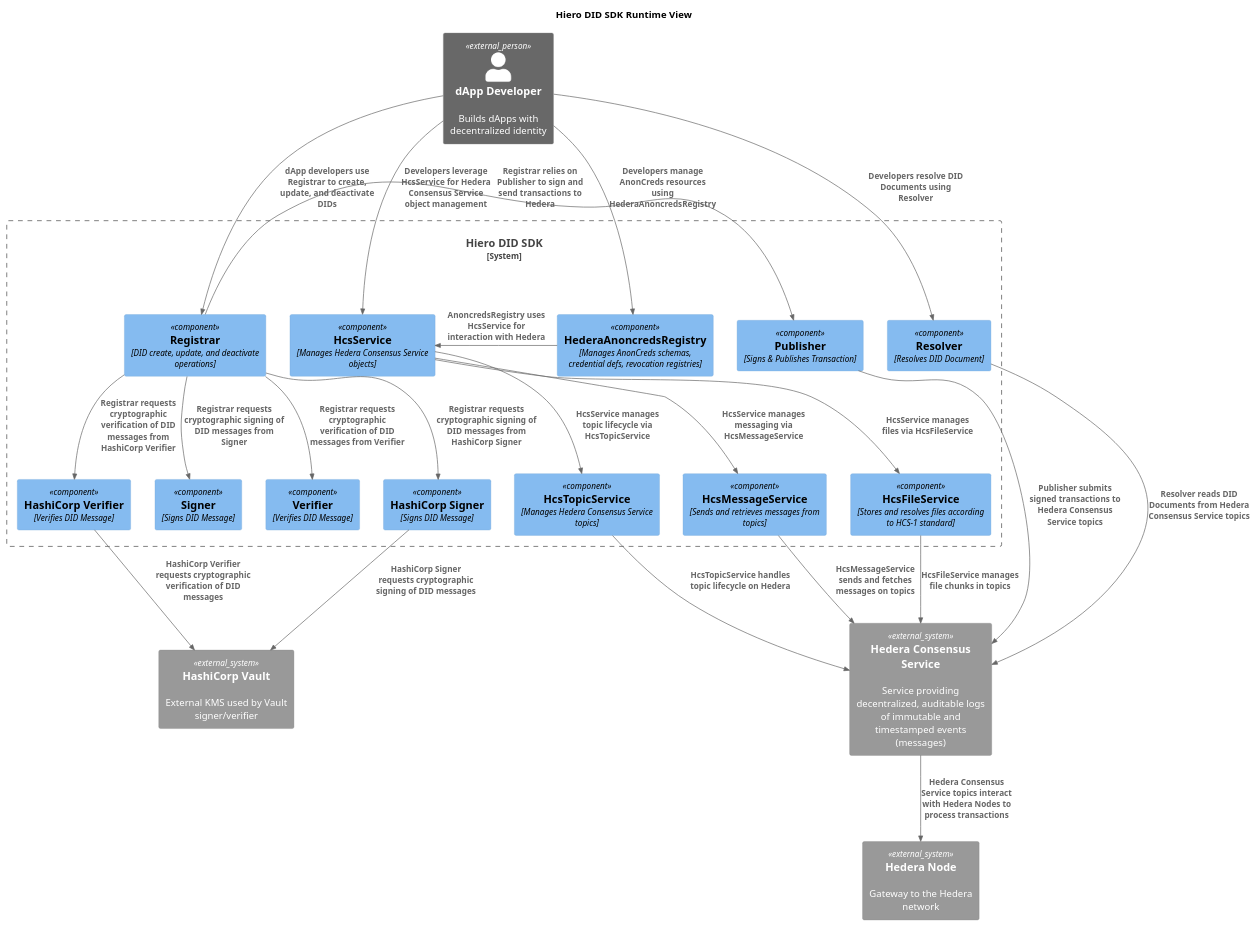
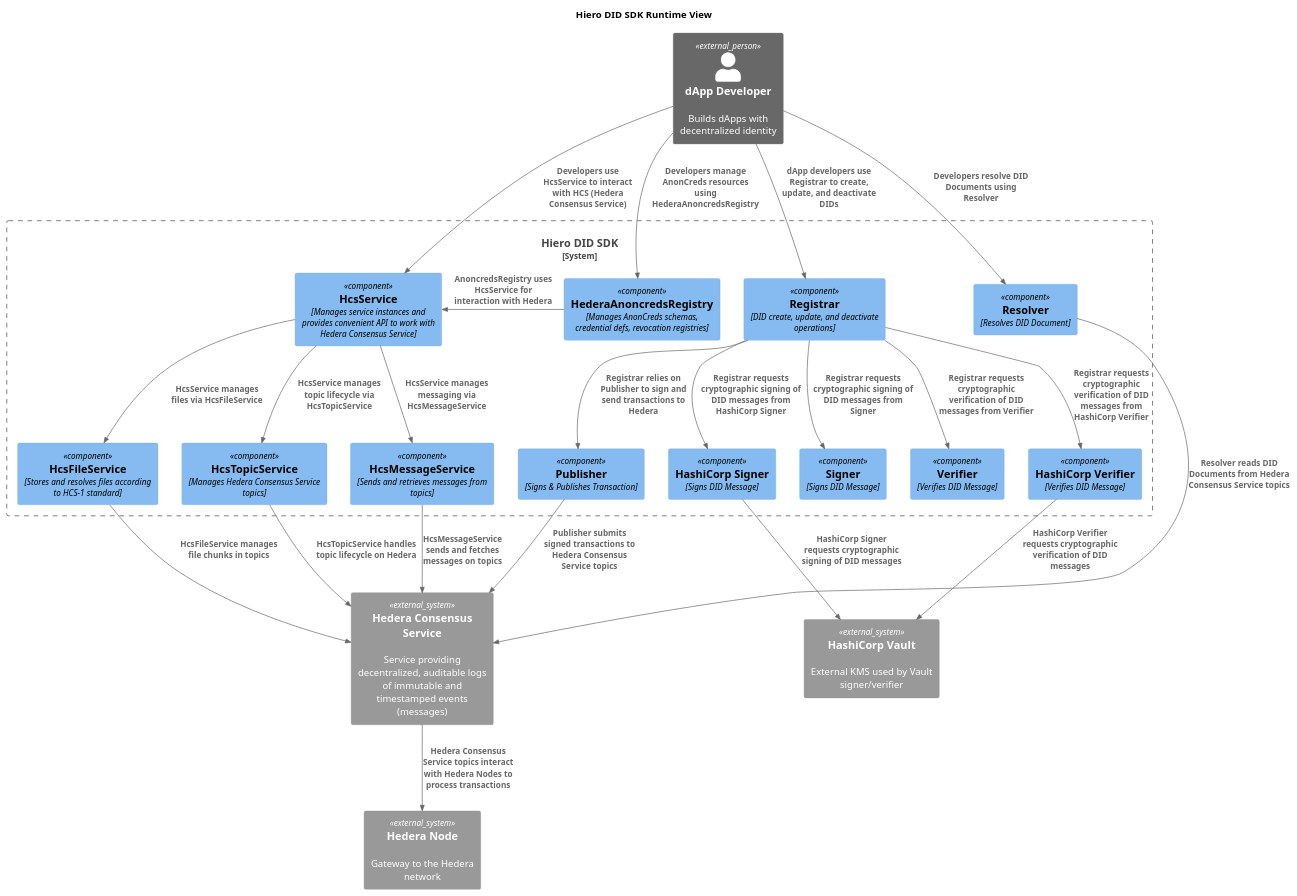
Before and after one commit to hiero-ledger/hiero-did-sdk-js: the diagram in docs/modules/ROOT/pages/02-design/diagrams/runtime-view-diagram.puml, drawn with PlantUML. The commit also changed 6 other files, not shown here.

```diff
--- a/docs/modules/ROOT/pages/02-design/diagrams/runtime-view-diagram.puml
+++ b/docs/modules/ROOT/pages/02-design/diagrams/runtime-view-diagram.puml
@@ -1,73 +1,73 @@
 @startuml
 !include https://raw.githubusercontent.com/plantuml-stdlib/C4-PlantUML/master/C4_Component.puml
 
 title Hiero DID SDK Runtime View
 
 Person_Ext(developer, "dApp Developer", "Builds dApps with decentralized identity")
 
 System_Boundary(c1, "Hiero DID SDK") {
 
   Component(registrar, "Registrar", "DID create, update, and deactivate operations")
   Component(resolver, "Resolver", "Resolves DID Document")
-  Component(hcsService, "HcsService", "Manages Hedera Consensus Service objects")
+  Component(hcsService, "HcsService", "Manages service instances and provides convenient API to work with Hedera Consensus Service")
   Component(anoncredsRegistry, "HederaAnoncredsRegistry", "Manages AnonCreds schemas, credential defs, revocation registries")
 
   Component(signer, "Signer", "Signs DID Message")
   Component(verifier, "Verifier", "Verifies DID Message")
 
   Component(publisher, "Publisher", "Signs & Publishes Transaction")
 
   Component(hashicorpSigner, "HashiCorp Signer", "Signs DID Message")
   Component(hashicorpVerifier, "HashiCorp Verifier", "Verifies DID Message")
 
   Component(hcsTopicService, "HcsTopicService", "Manages Hedera Consensus Service topics")
   Component(hcsMessageService, "HcsMessageService", "Sends and retrieves messages from topics")
   Component(hcsFileService, "HcsFileService", "Stores and resolves files according to HCS-1 standard")
 }
 
 System_Ext(hashicorp, "HashiCorp Vault", "External KMS used by Vault signer/verifier")
 
 System_Ext(topic, "Hedera Consensus Service", "Service providing decentralized, auditable logs of immutable and timestamped events (messages)")
 System_Ext(hedera, "Hedera Node", "Gateway to the Hedera network")
 
 ' Developer interactions
 Rel(developer, registrar, "dApp developers use Registrar to create, update, and deactivate DIDs")
 Rel(developer, resolver, "Developers resolve DID Documents using Resolver")
-Rel(developer, hcsService, "Developers leverage HcsService for Hedera Consensus Service object management")
+Rel(developer, hcsService, "Developers use HcsService to interact with HCS (Hedera Consensus Service)")
 Rel(developer, anoncredsRegistry, "Developers manage AnonCreds resources using HederaAnoncredsRegistry")
 
 ' Registrar dependencies
 Rel(registrar, signer, "Registrar requests cryptographic signing of DID messages from Signer")
 Rel(registrar, verifier, "Registrar requests cryptographic verification of DID messages from Verifier")
 
-Rel_R(registrar, publisher, "Registrar relies on Publisher to sign and send transactions to Hedera")
+Rel(registrar, publisher, "Registrar relies on Publisher to sign and send transactions to Hedera")
 
 Rel(registrar, hashicorpSigner, "Registrar requests cryptographic signing of DID messages from HashiCorp Signer")
 Rel(registrar, hashicorpVerifier, "Registrar requests cryptographic verification of DID messages from HashiCorp Verifier")
 
 Rel(hashicorpSigner, hashicorp, "HashiCorp Signer requests cryptographic signing of DID messages")
 Rel_R(hashicorpVerifier, hashicorp, "HashiCorp Verifier requests cryptographic verification of DID messages")
 
 ' Transaction submission
 Rel(publisher, topic, "Publisher submits signed transactions to Hedera Consensus Service topics")
 
 ' DID Document retrieval
 Rel(resolver, topic, "Resolver reads DID Documents from Hedera Consensus Service topics")
 
 ' HCS service internal usage
 Rel(hcsService, hcsTopicService, "HcsService manages topic lifecycle via HcsTopicService")
 Rel(hcsService, hcsMessageService, "HcsService manages messaging via HcsMessageService")
 Rel(hcsService, hcsFileService, "HcsService manages files via HcsFileService")
 
 ' Topic communication with Hedera network
 Rel(hcsMessageService, topic, "HcsMessageService sends and fetches messages on topics")
 Rel(hcsFileService, topic, "HcsFileService manages file chunks in topics")
 Rel(hcsTopicService, topic, "HcsTopicService handles topic lifecycle on Hedera")
 
 ' Anoncreds registry relies on HCS service
 Rel_L(anoncredsRegistry, hcsService, "AnoncredsRegistry uses HcsService for interaction with Hedera")
 
 ' Hedera network infrastructure
 Rel(topic, hedera, "Hedera Consensus Service topics interact with Hedera Nodes to process transactions")
 
 @enduml
```
